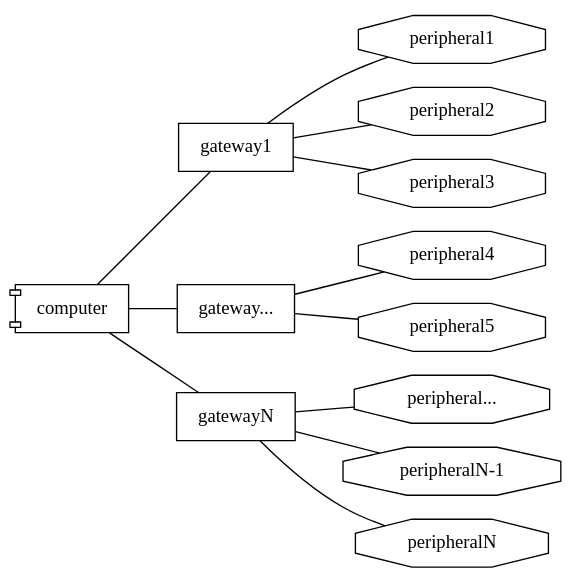
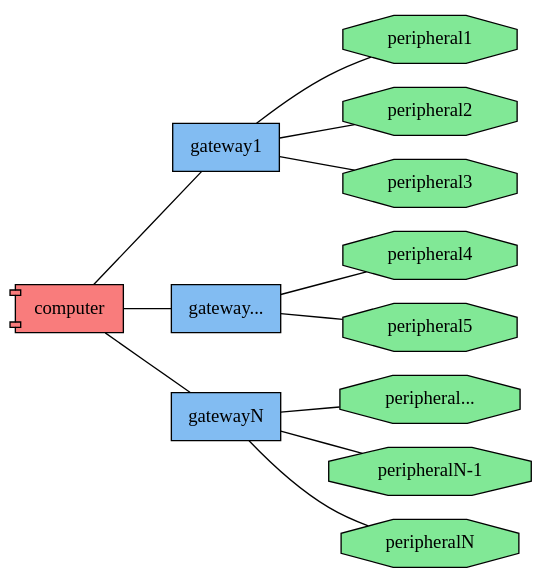
The first of 2 diagrams in source/goals.rst (ProxyOS/documentation), drawn with Graphviz before and after one commit. The commit also changed other lines of this file and 1 other file, not shown here.

```diff
--- a/source/goals.rst
+++ b/source/goals.rst
@@ -7,40 +7,41 @@
 .. graphviz::
   :align: center
 
   graph abstract {
     rankdir="LR"
+    node [ fontname="Lucida Grande" ]
 
     subgraph Computer {
       rank=same
-      node [ shape=component ]
+      node [ shape=component, style=filled, fillcolor="#f97c7c" ]
       pc [label="computer"]
     }
 
     subgraph Gateway {
       rank=same
-      node [ shape=box ]
+      node [ shape=box, style=filled, fillcolor="#82bcf2" ]
       g1 [label="gateway1"]
       gx [label="gateway..."]
       gn [label="gatewayN"]
     }
 
     subgraph Peripheral {
       rank=same
-      node [ shape=octagon ]
+      node [ shape=octagon, style=filled, fillcolor="#81e896" ]
 
       p1   [label="peripheral1"]
       p2   [label="peripheral2"]
       p3   [label="peripheral3"]
       p4   [label="peripheral4"]
       p5   [label="peripheral5"]
       px   [label="peripheral..."]
       pn_1 [label="peripheralN-1"]
       pn   [label="peripheralN"]
     }
 
     pc -- { g1 gx gn }
 
     g1 -- { p1 p2 p3 }
     gx -- { p4 p5 }
     gn -- { px pn_1 pn }
   }
```
